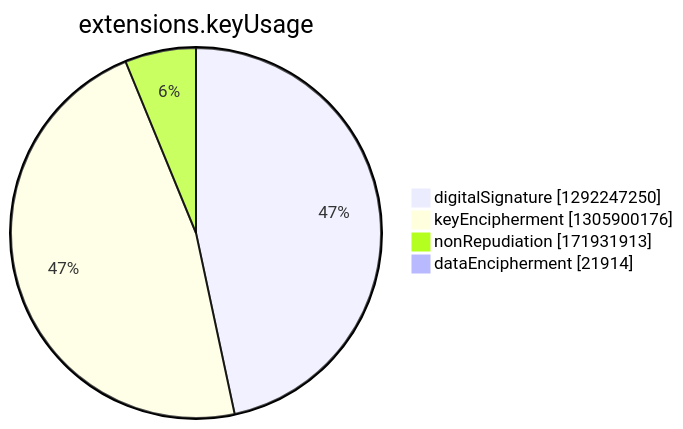
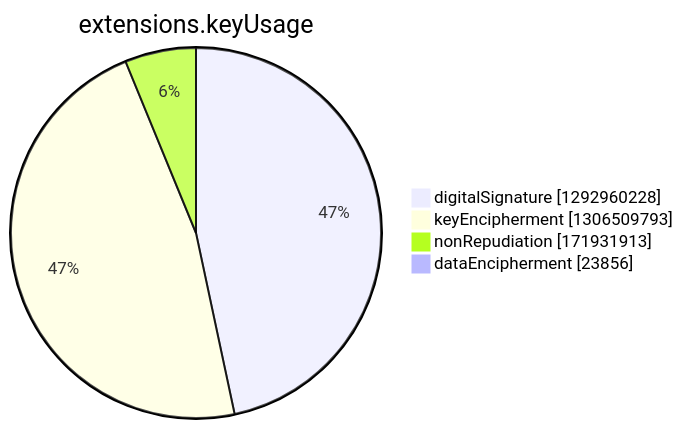
The seventh of 15 diagrams in argon2022/README.md (christiankrug/ctmonitor_visualization), drawn with Mermaid before and after one commit. The commit also changed other lines of this file, not shown here.

````diff
--- a/argon2022/README.md
+++ b/argon2022/README.md
@@ -2748,8 +2749,8 @@
 ```mermaid
 pie showData
 title extensions.keyUsage
-"digitalSignature" :1292247250
-"keyEncipherment" :1305900176
+"digitalSignature" :1292960228
+"keyEncipherment" :1306509793
 "nonRepudiation" :171931913
-"dataEncipherment" :21914
+"dataEncipherment" :23856
 ```
````
